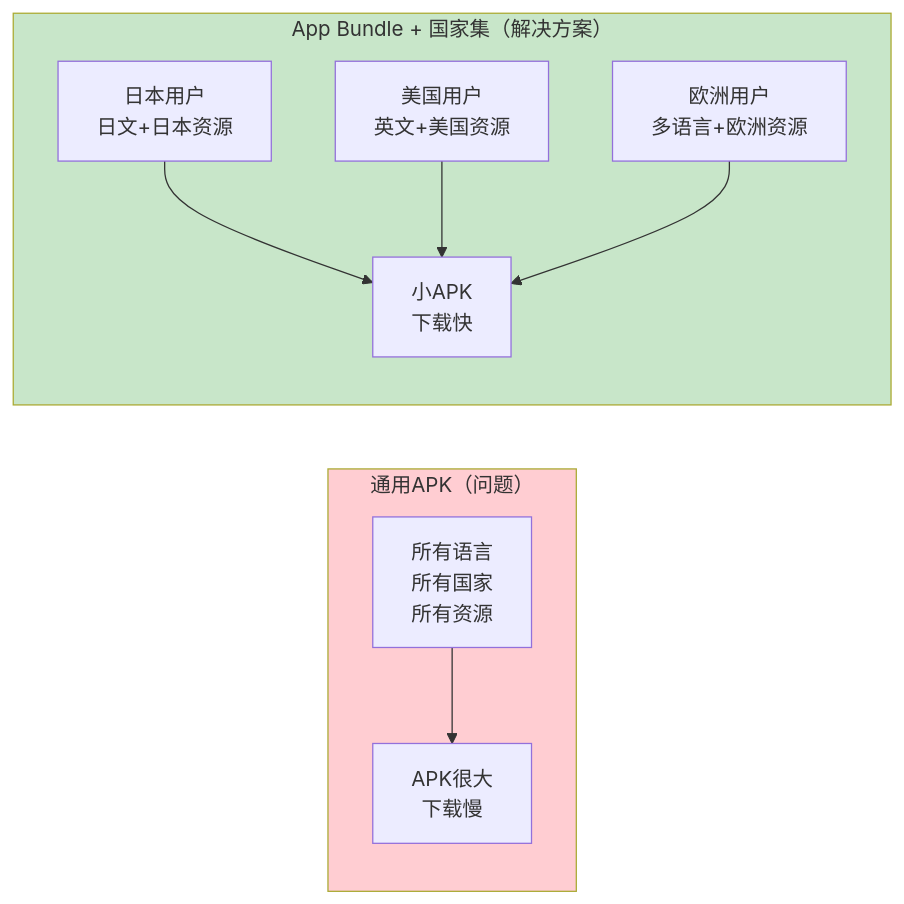
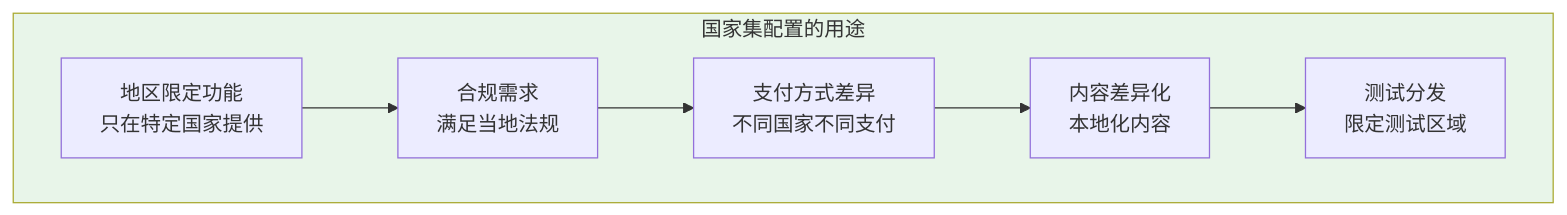
Before and after one commit to Carrie-L/carrie-l.github.io: the first of 6 diagrams in AndroidDeveloperGuideStory/Contents/vol21/21.1.92 捆绑国家集.md, drawn with Mermaid. The commit also changed other lines of this file, not shown here.

````diff
--- a/AndroidDeveloperGuideStory/Contents/vol21/21.1.92 捆绑国家集.md
+++ b/AndroidDeveloperGuideStory/Contents/vol21/21.1.92 捆绑国家集.md
@@ -55,15 +55,13 @@
 ```mermaid
-flowchart LR
-    subgraph Before["通用APK（问题）"]
-        B1[所有语言<br/>所有国家<br/>所有资源] --> B2[APK很大<br/>下载慢]
+flowchart TB
+    subgraph UseCases["国家集配置的用途"]
+        
+        U1[地区限定功能<br/>只在特定国家提供] --> U2[合规需求<br/>满足当地法规]
+        U2 --> U3[支付方式差异<br/>不同国家不同支付]
+        U3 --> U4[内容差异化<br/>本地化内容]
+        U4 --> U5[测试分发<br/>限定测试区域]
+        
     end
     
-    subgraph After["App Bundle + 国家集（解决方案）"]
-        A1[日本用户<br/>日文+日本资源] --> A2[小APK<br/>下载快]
-        A3[美国用户<br/>英文+美国资源] --> A2
-        A4[欧洲用户<br/>多语言+欧洲资源] --> A2
-    end
-    
-    style Before fill:#ffcdd2
-    style After fill:#c8e6c9
+    style UseCases fill:#e8f5e9
 ```
````
